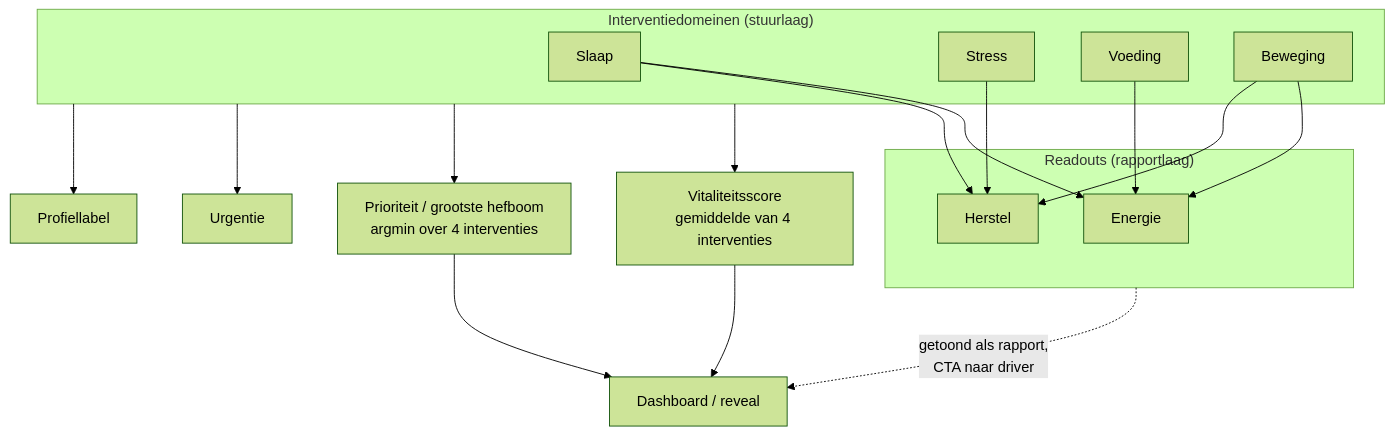
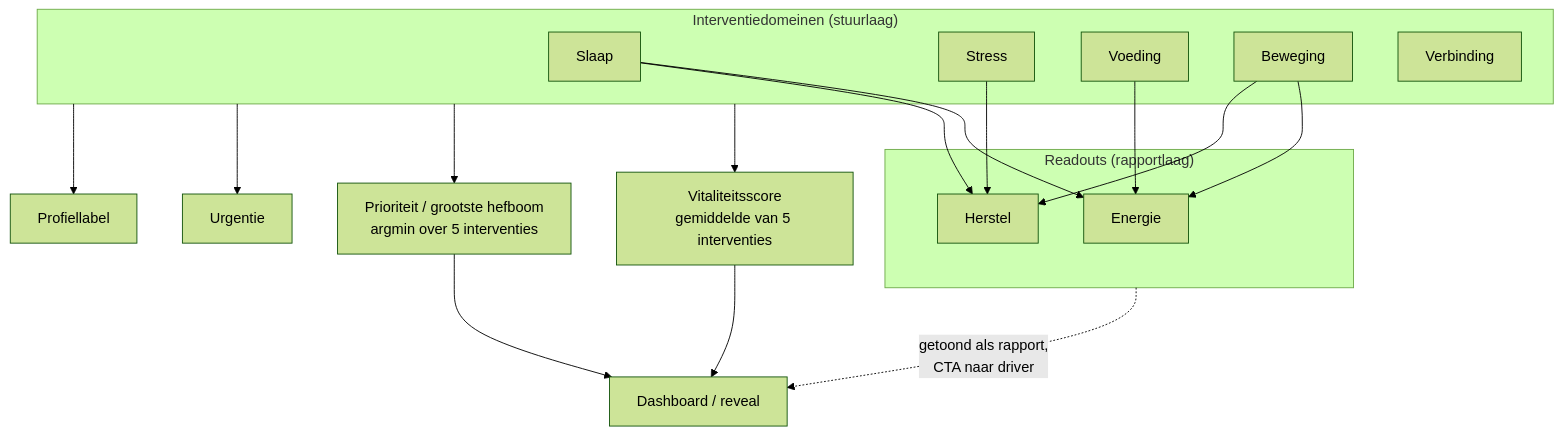
One commit to DenvWest/PSF changed the diagram in docs/core/DOMAIN_MODEL.md. Above: the diagram before and after it, drawn with Mermaid (forest theme). The commit also changed other lines of this file and 82 other files, not shown here.

````diff
--- a/docs/core/DOMAIN_MODEL.md
+++ b/docs/core/DOMAIN_MODEL.md
@@ -16,28 +16,29 @@
 ```mermaid
 flowchart TD
     subgraph GEDRAG["Interventiedomeinen (stuurlaag)"]
         SL[Slaap]
         ST[Stress]
         VO[Voeding]
         BE[Beweging]
+        VB[Verbinding]
     end
     subgraph READOUT["Readouts (rapportlaag)"]
         EN[Energie]
         HE[Herstel]
     end
     SL --> EN
     VO --> EN
     BE --> EN
     SL --> HE
     BE --> HE
     ST --> HE
 
-    GEDRAG --> VIT["Vitaliteitsscore\ngemiddelde van 4 interventies"]
-    GEDRAG --> PRIO["Prioriteit / grootste hefboom\nargmin over 4 interventies"]
+    GEDRAG --> VIT["Vitaliteitsscore\ngemiddelde van 5 interventies"]
+    GEDRAG --> PRIO["Prioriteit / grootste hefboom\nargmin over 5 interventies"]
     GEDRAG --> URG[Urgentie]
     GEDRAG --> PROF[Profiellabel]
 
     VIT --> UI[Dashboard / reveal]
     PRIO --> UI
     READOUT -. "getoond als rapport,\nCTA naar driver" .-> UI
 ```
````
